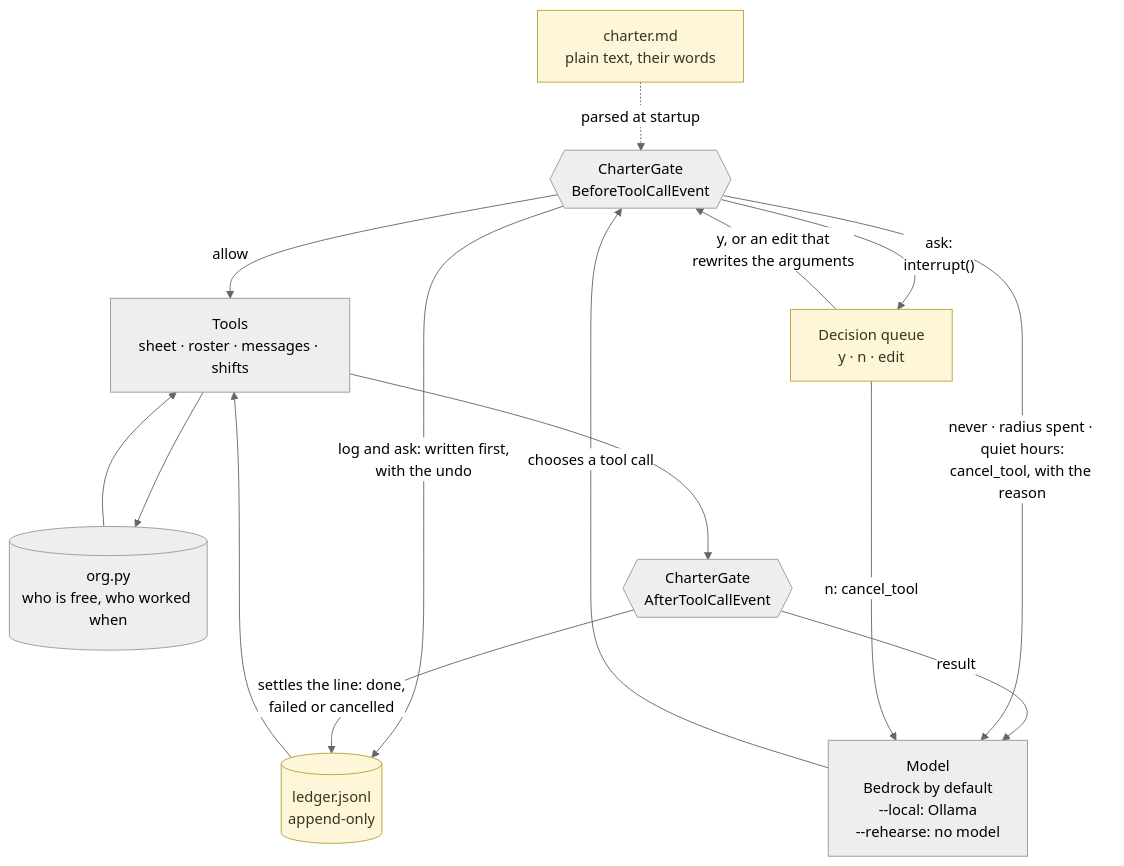
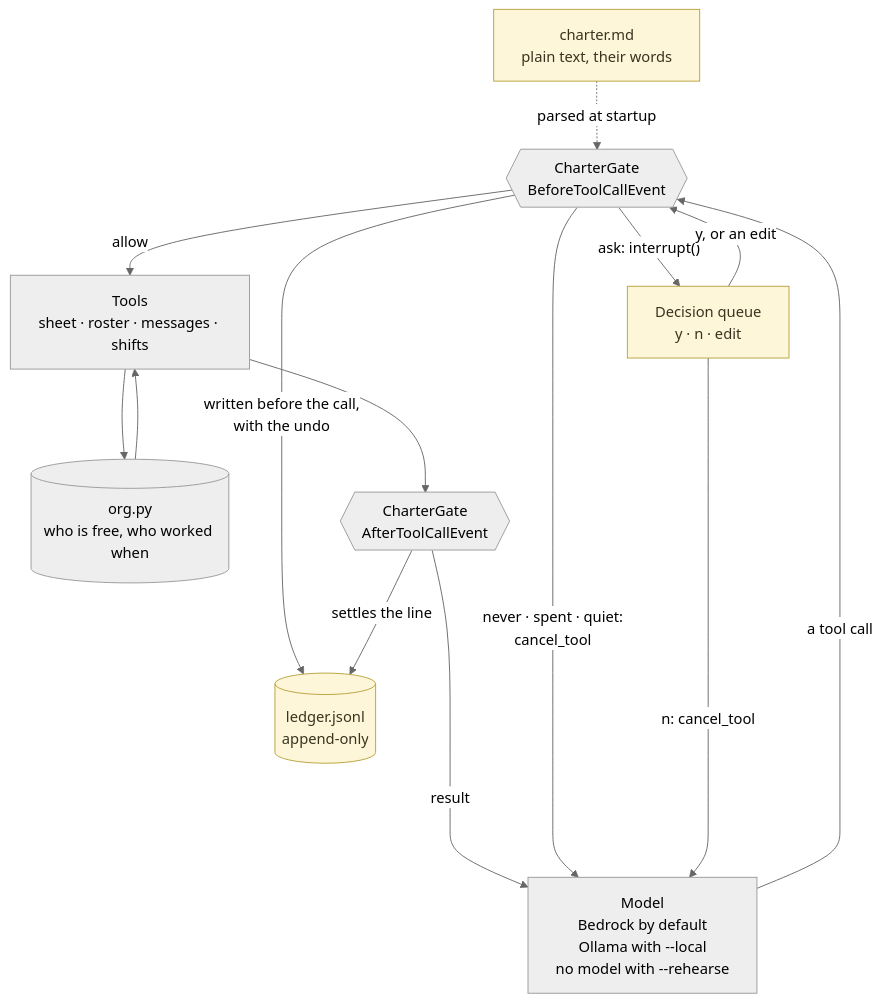
Before and after one commit to jtmuller5/understudy: the diagram in README.md, drawn with Mermaid (neutral theme).

Commit message:
Understudy: make the README architecture diagram readable
The flowchart parsed and rendered, but mermaid turned the --local and
--rehearse flags into en dashes, and four long edge labels floated far
enough from their edges to be unreadable. Escape the flags, shorten the
labels, and lengthen the three return edges so the model sits on its own
rank instead of colliding with the charter edge.

````diff
--- a/README.md
+++ b/README.md
@@ -107,29 +107,28 @@
 ```mermaid
 flowchart TB
     CH["charter.md<br/>plain text, their words"]
-    M["Model<br/>Bedrock by default<br/>--local: Ollama<br/>--rehearse: no model"]
+    M["Model<br/>Bedrock by default<br/>Ollama with #45;#45;local<br/>no model with #45;#45;rehearse"]
     B{{"CharterGate<br/>BeforeToolCallEvent"}}
     Q["Decision queue<br/>y · n · edit"]
     LG[("ledger.jsonl<br/>append-only")]
     T["Tools<br/>sheet · roster · messages · shifts"]
     DATA[("org.py<br/>who is free, who worked when")]
     A{{"CharterGate<br/>AfterToolCallEvent"}}
 
     CH -.->|"parsed at startup"| B
-    M -->|"chooses a tool call"| B
-    B -->|"ask:<br/>interrupt()"| Q
-    Q -->|"y, or an edit that<br/>rewrites the arguments"| B
+    M ---->|"a tool call"| B
+    B -->|"ask: interrupt()"| Q
+    Q -->|"y, or an edit"| B
     B -->|"allow"| T
-    B -->|"log and ask: written first,<br/>with the undo"| LG
-    LG --> T
+    B -->|"written before the call,<br/>with the undo"| LG
     T --> DATA
     DATA --> T
     T --> A
-    A -->|"settles the line: done,<br/>failed or cancelled"| LG
-    A -->|"result"| M
-    B -->|"never · radius spent · quiet hours:<br/>cancel_tool, with the reason"| M
-    Q -->|"n: cancel_tool"| M
+    A -->|"settles the line"| LG
+    A ---->|"result"| M
+    B ---->|"never · spent · quiet:<br/>cancel_tool"| M
+    Q ---->|"n: cancel_tool"| M
 
     classDef human fill:#fdf6d8,stroke:#b8a13a,color:#3a3320
     class CH,Q,LG human
 ```
````
